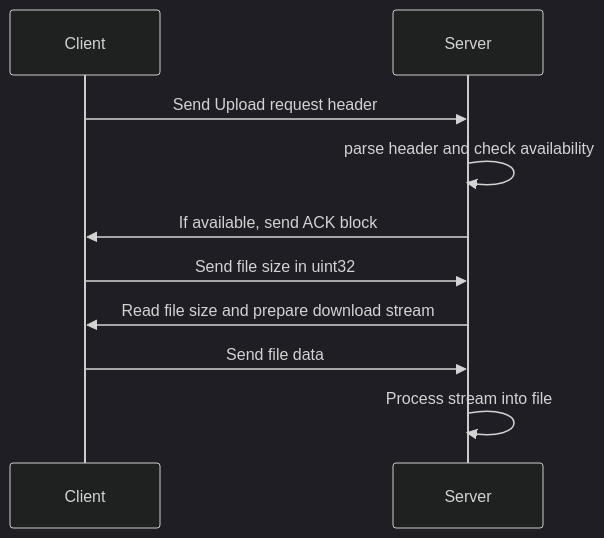
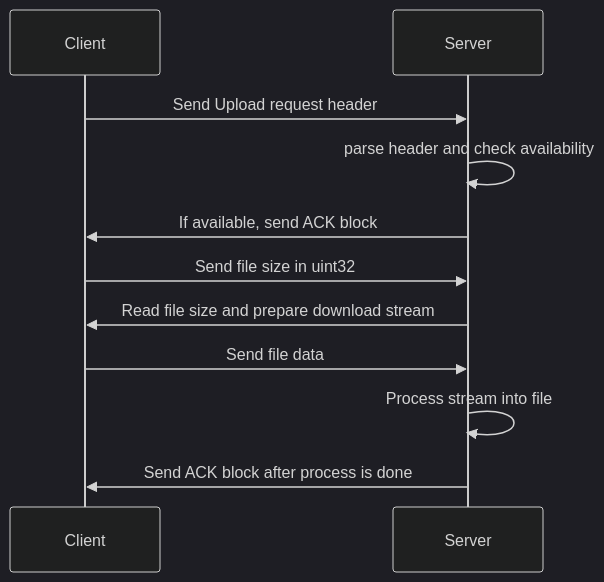
One commit to BenYoo-ben/LightFileExplorer changed the fourth of 5 diagrams in file_server/README.md. Above: the diagram before and after it, drawn with Mermaid (dark theme).

Commit message:
Update: README of file server.
updated diagram of upload protocol.

````diff
--- a/file_server/README.md
+++ b/file_server/README.md
@@ -112,16 +112,18 @@
 ```mermaid
 sequenceDiagram
     Client->>Server: Send Upload request header
     
     Server->>Server: parse header and check availability
     
     Server->>Client: If available, send ACK block
     
     Client->>Server: Send file size in uint32
     
     Server->>Client: Read file size and prepare download stream
     
     Client->>Server: Send file data
     
     Server->>Server: Process stream into file    
+    
+    Server->>Client: Send ACK block after process is done
 ```
````
